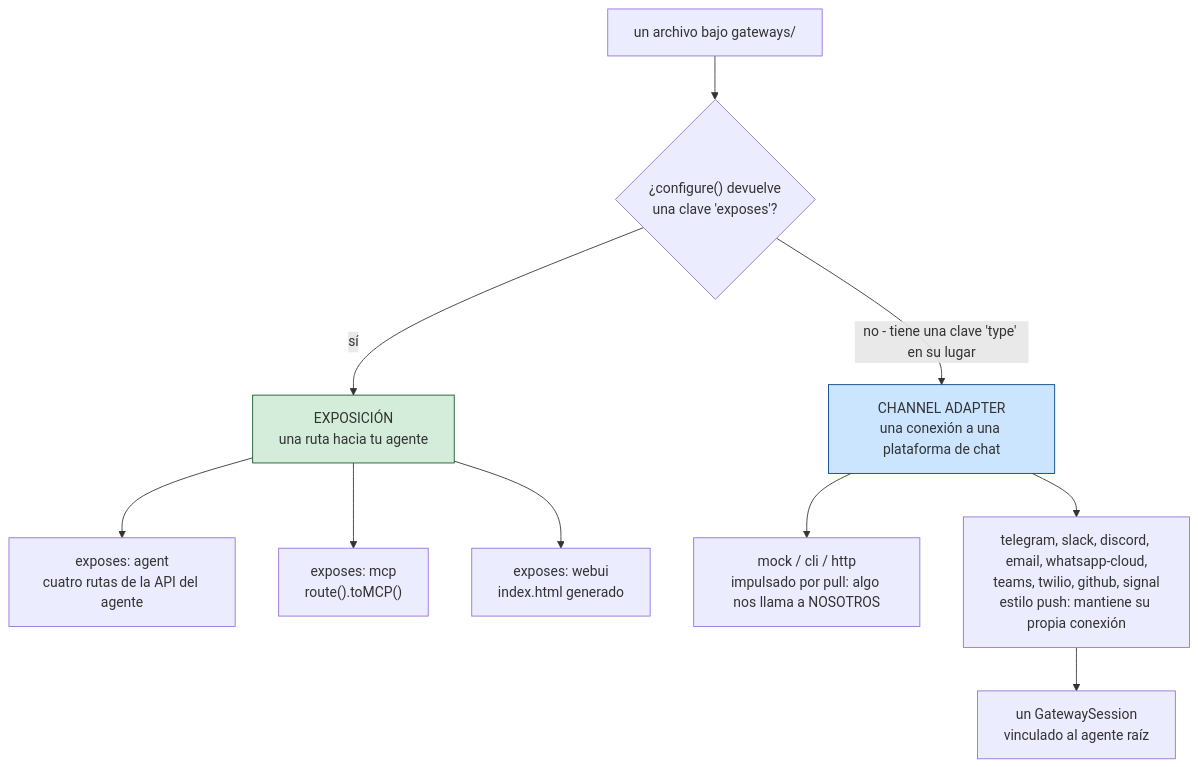
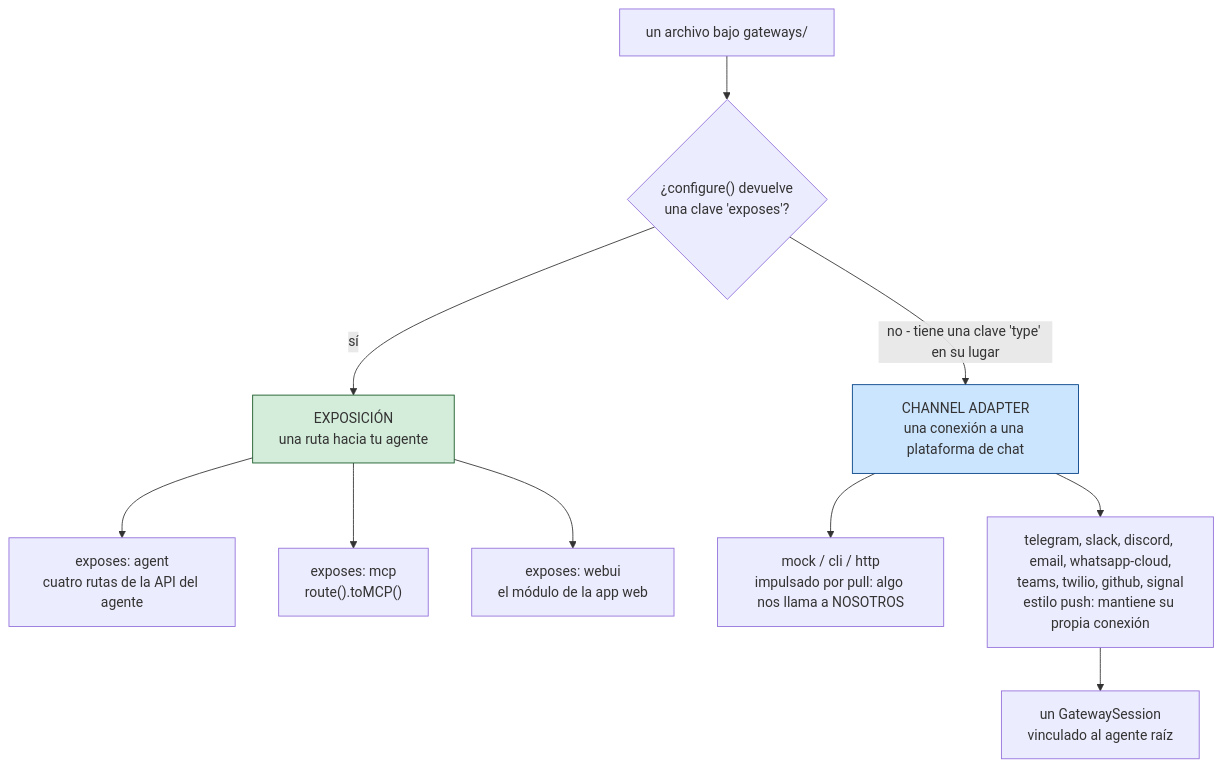
Before and after one commit to ortus-boxlang/bx-agents: the first of 2 diagrams in docs/versions/1.0.x/i18n/es/conventions/gateways/index.md, drawn with Mermaid. The commit also changed other lines of this file and 61 other files, not shown here.

````diff
--- a/docs/versions/1.0.x/i18n/es/conventions/gateways/index.md
+++ b/docs/versions/1.0.x/i18n/es/conventions/gateways/index.md
@@ -16,15 +16,15 @@
 ```mermaid
 flowchart TD
     F["un archivo bajo gateways/"] --> Q{"¿configure() devuelve<br/>una clave 'exposes'?"}
     Q -->|"sí"| E["EXPOSICIÓN<br/>una ruta hacia tu agente"]
     Q -->|"no - tiene una clave 'type' en su lugar"| C["CHANNEL ADAPTER<br/>una conexión a una plataforma de chat"]
     E --> E1["exposes: agent<br/>cuatro rutas de la API del agente"]
     E --> E2["exposes: mcp<br/>route().toMCP()"]
-    E --> E3["exposes: webui<br/>index.html generado"]
+    E --> E3["exposes: webui<br/>el módulo de la app web"]
     C --> C1["mock / cli / http<br/>impulsado por pull: algo nos llama a NOSOTROS"]
     C --> C2["telegram, slack, discord, email, whatsapp-cloud,<br/>teams, twilio, github, signal<br/>estilo push: mantiene su propia conexión"]
     C2 --> S["un GatewaySession<br/>vinculado al agente raíz"]
 
     style E fill:#d4edda,stroke:#155724
     style C fill:#cce5ff,stroke:#004085
 ```
````
